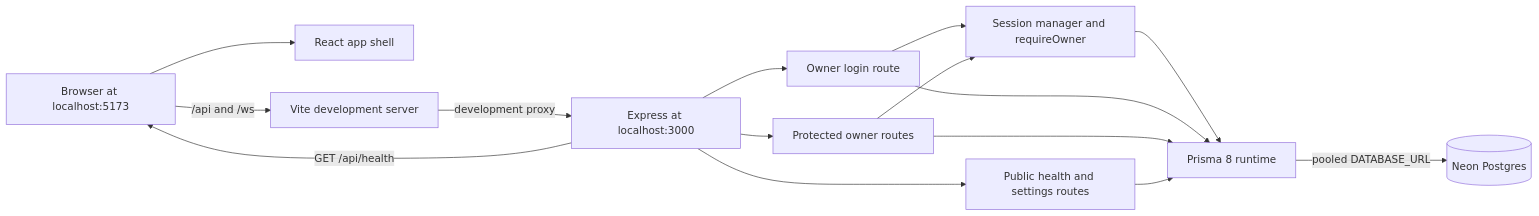
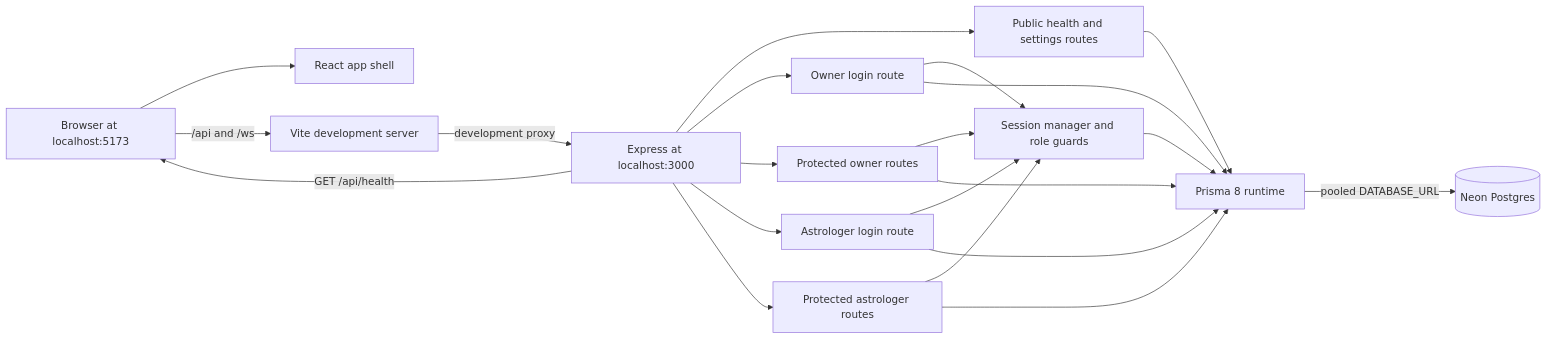
The first of 2 diagrams in docs/ARCHITECTURE.md (Yash1927/AstroWeb-App), drawn with Mermaid before and after one commit. The commit also changed other lines of this file and 41 other files, not shown here.

Commit message:
Step 4: astrologer login and profile

````diff
--- a/docs/ARCHITECTURE.md
+++ b/docs/ARCHITECTURE.md
@@ -20,28 +20,36 @@
 ```mermaid
 flowchart LR
     Browser[Browser at localhost:5173]
     React[React app shell]
     Vite[Vite development server]
     Express[Express at localhost:3000]
     Public[Public health and settings routes]
     OwnerAuth[Owner login route]
     Owner[Protected owner routes]
-    Session[Session manager and requireOwner]
+    AstroAuth[Astrologer login route]
+    Astrologer[Protected astrologer routes]
+    Session[Session manager and role guards]
     Prisma[Prisma 8 runtime]
     Neon[(Neon Postgres)]
 
     Browser --> React
     Browser -->|/api and /ws| Vite
     Vite -->|development proxy| Express
     Express -->|GET /api/health| Browser
     Express --> Public
     Express --> OwnerAuth
     Express --> Owner
+    Express --> AstroAuth
+    Express --> Astrologer
     OwnerAuth --> Session
     Owner --> Session
+    AstroAuth --> Session
+    Astrologer --> Session
     Session --> Prisma
     OwnerAuth --> Prisma
     Owner --> Prisma
+    AstroAuth --> Prisma
+    Astrologer --> Prisma
     Public --> Prisma
     Prisma -->|pooled DATABASE_URL| Neon
 ```
````
